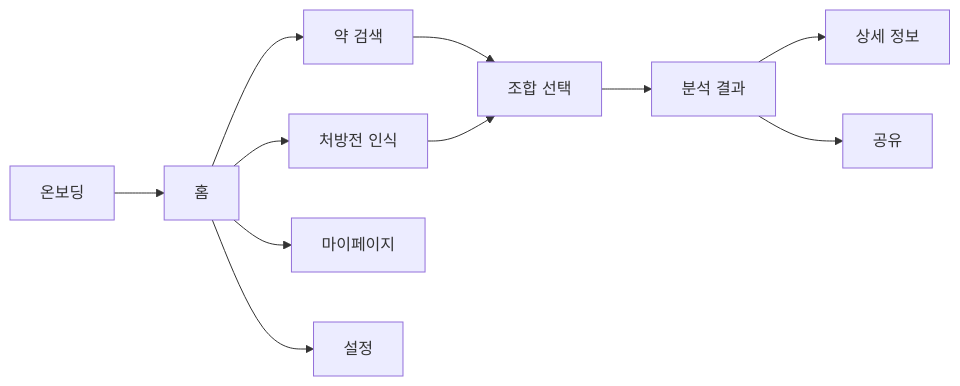
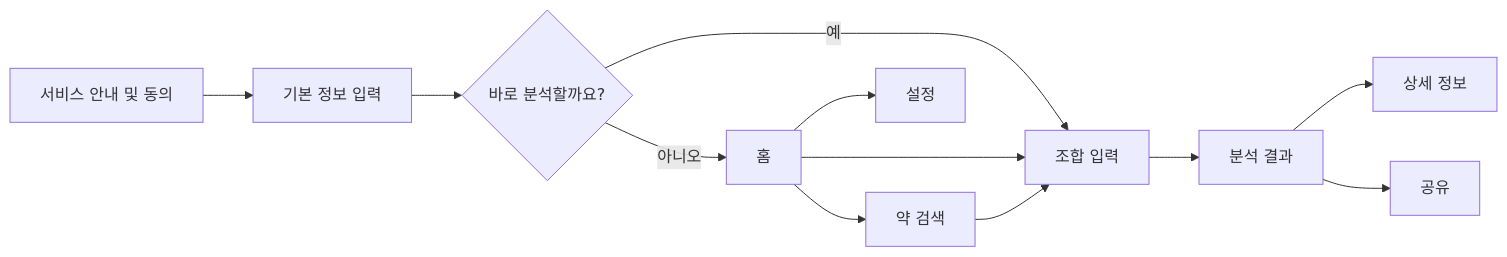
The second of 3 diagrams in docs/ux-ui/00-project-overview.md (GDSC-DGU/2026-SDGs-Project-Yakjosim-FE), drawn with Mermaid before and after one commit. The commit also changed other lines of this file and 7 other files, not shown here.

````diff
--- a/docs/ux-ui/00-project-overview.md
+++ b/docs/ux-ui/00-project-overview.md
@@ -107,13 +106,14 @@
 ```mermaid
 flowchart LR
-    A[온보딩] --> B[홈]
-    B --> C[약 검색]
-    B --> D[처방전 인식]
-    C --> E[조합 선택]
-    D --> E
-    E --> F[분석 결과]
-    F --> G[상세 정보]
-    F --> H[공유]
-    B --> I[마이페이지]
-    B --> J[설정]
+    A[서비스 안내 및 동의] --> B[기본 정보 입력]
+    B --> C{바로 분석할까요?}
+    C -->|예| D[조합 입력]
+    C -->|아니오| E[홈]
+    E --> F[약 검색]
+    E --> D
+    F --> D
+    D --> G[분석 결과]
+    G --> H[상세 정보]
+    G --> I[공유]
+    E --> J[설정]
 ```
````
